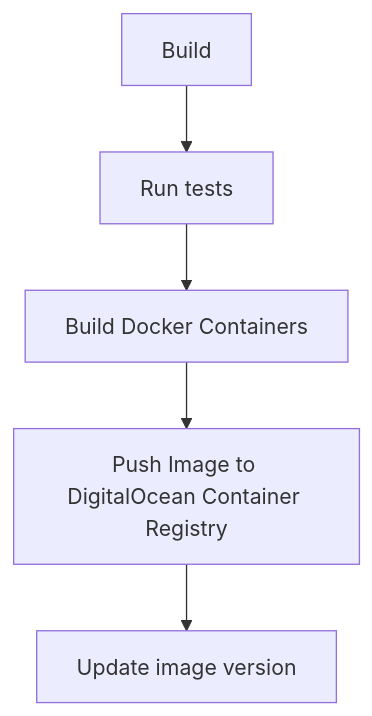
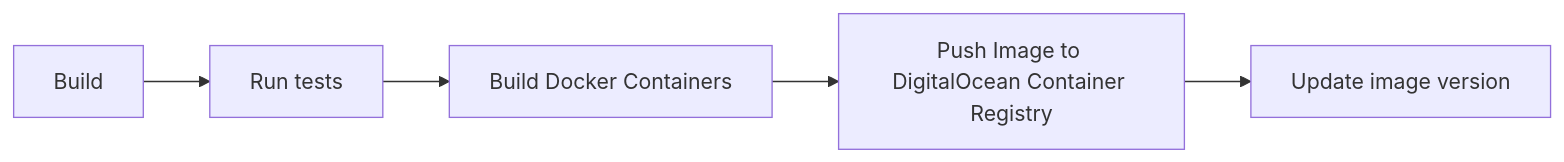
Before and after one commit to feats-mtech/frontend: the first of 2 diagrams in README.md, drawn with Mermaid. The commit also changed 1 other file, not shown here.

Commit message:
build: fix dockerfile for linux environments

````diff
--- a/README.md
+++ b/README.md
@@ -82,7 +82,7 @@
 ```mermaid
-flowchart TB
+flowchart LR
     A[Build] --> B[Run tests]
     B --> C[Build Docker Containers]
     C --> D[Push Image to DigitalOcean Container Registry]
     D --> E[Update image version]
 ```
````
